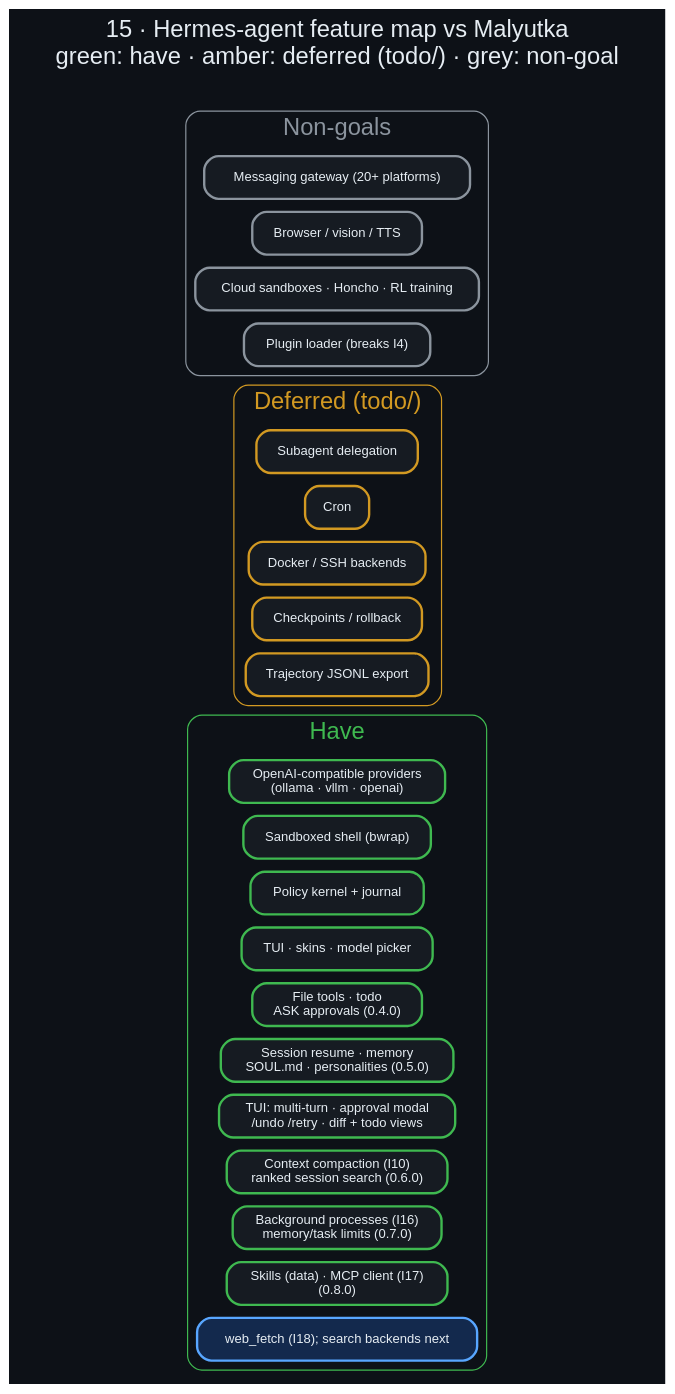
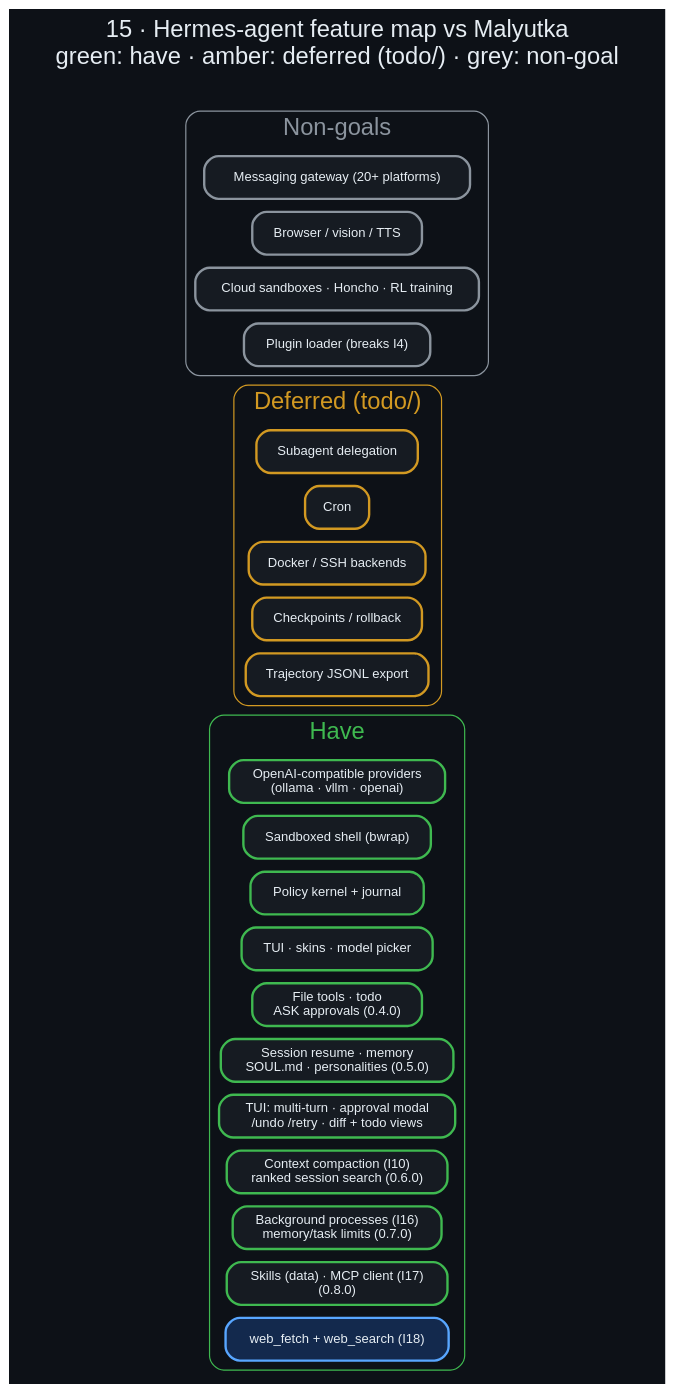
Before and after one commit to danindiana/malyutka: the diagram in docs/diagrams/15_hermes_gap_map.dot, drawn with Graphviz. The commit also changed 29 other files, not shown here.

First line of the commit message:
feat: web_search through the sandboxed helper — SearXNG, Brave, Tavily (SPEC-011, part 2)

```diff
--- a/docs/diagrams/15_hermes_gap_map.dot
+++ b/docs/diagrams/15_hermes_gap_map.dot
@@ -1,31 +1,31 @@
 digraph gap {
     graph [bgcolor="#0d1117", fontname="Helvetica", fontcolor="#e6edf3", labelloc="t", fontsize=20, rankdir=LR,
            label="15 · Hermes-agent feature map vs Malyutka\ngreen: have · amber: deferred (todo/) · grey: non-goal\n ", nodesep=0.15, ranksep=0.7];
     node  [fontname="Helvetica", fontcolor="#e6edf3", color="#30363d", style="filled,rounded", shape=box, penwidth=2, margin="0.22,0.14", fillcolor="#161b22", fontsize=12];
     edge  [color="#8b949e", fontname="Helvetica", fontcolor="#adbac7", penwidth=1.5, arrowsize=0.85, fontsize=10];
     node [fontsize=11, margin="0.15,0.08"];
 
     subgraph cluster_have { label="Have"; fontcolor="#3fb950"; color="#3fb950"; style="rounded";
       h1 [label="OpenAI-compatible providers\n(ollama · vllm · openai)", color="#3fb950"];
       h2 [label="Sandboxed shell (bwrap)", color="#3fb950"];
       h3 [label="Policy kernel + journal", color="#3fb950"];
       h4 [label="TUI · skins · model picker", color="#3fb950"];
       h5 [label="File tools · todo\nASK approvals (0.4.0)", color="#3fb950"];
       h6 [label="Session resume · memory\nSOUL.md · personalities (0.5.0)", color="#3fb950"];
       h7 [label="TUI: multi-turn · approval modal\n/undo /retry · diff + todo views", color="#3fb950"];
       h8 [label="Context compaction (I10)\nranked session search (0.6.0)", color="#3fb950"];
       h9 [label="Background processes (I16)\nmemory/task limits (0.7.0)", color="#3fb950"];
       h10 [label="Skills (data) · MCP client (I17)\n(0.8.0)", color="#3fb950"];
-      h11 [label="web_fetch (I18); search backends next", color="#58a6ff", fillcolor="#13294d"]; }
+      h11 [label="web_fetch + web_search (I18)", color="#58a6ff", fillcolor="#13294d"]; }
     subgraph cluster_def { label="Deferred (todo/)"; fontcolor="#d29922"; color="#d29922"; style="rounded";
       d5 [label="Subagent delegation", color="#d29922"];
       d6 [label="Cron", color="#d29922"];
       d7 [label="Docker / SSH backends", color="#d29922"];
       d8 [label="Checkpoints / rollback", color="#d29922"];
       d9 [label="Trajectory JSONL export", color="#d29922"]; }
     subgraph cluster_no { label="Non-goals"; fontcolor="#8b949e"; color="#8b949e"; style="rounded";
       g1 [label="Messaging gateway (20+ platforms)", color="#8b949e"];
       g2 [label="Browser / vision / TTS", color="#8b949e"];
       g3 [label="Cloud sandboxes · Honcho · RL training", color="#8b949e"];
       g4 [label="Plugin loader (breaks I4)", color="#8b949e"]; }
 }
```
